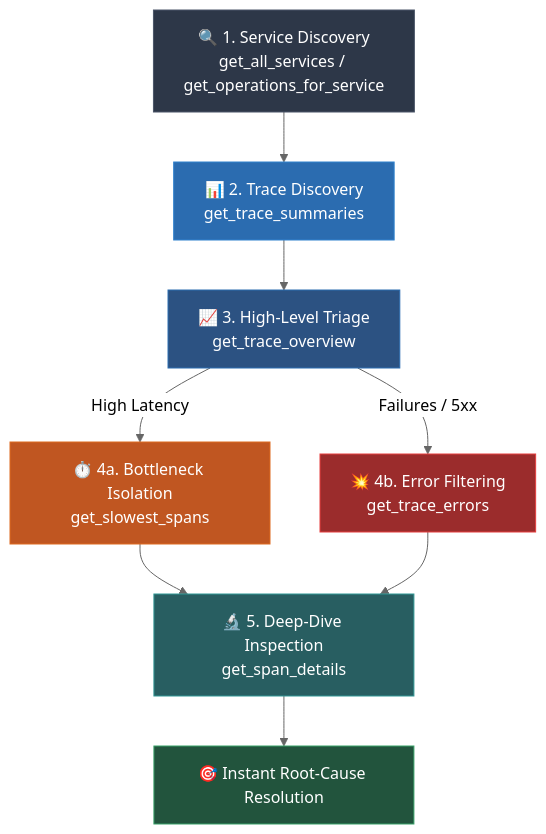
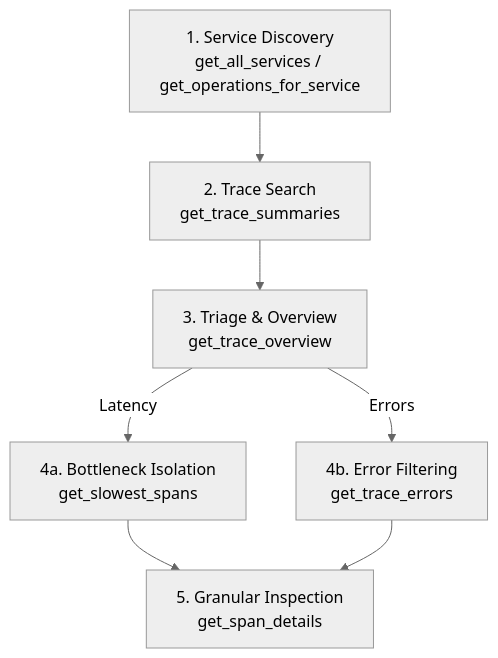
Before and after one commit to chahatsagarmain/jaeger-mcp: the diagram in README.md, drawn with Mermaid (neutral theme). The commit also changed other lines of this file, not shown here.

````diff
--- a/README.md
+++ b/README.md
@@ -40,18 +5,9 @@
 ```mermaid
 flowchart TD
-    A[🔍 1. Service Discovery<br/>get_all_services / get_operations_for_service] --> B[📊 2. Trace Discovery<br/>get_trace_summaries]
-    B --> C[📈 3. High-Level Triage<br/>get_trace_overview]
-    C -->|High Latency| D[⏱️ 4a. Bottleneck Isolation<br/>get_slowest_spans]
-    C -->|Failures / 5xx| E[💥 4b. Error Filtering<br/>get_trace_errors]
-    D --> F[🔬 5. Deep-Dive Inspection<br/>get_span_details]
+    A[1. Service Discovery<br/>get_all_services / get_operations_for_service] --> B[2. Trace Search<br/>get_trace_summaries]
+    B --> C[3. Triage & Overview<br/>get_trace_overview]
+    C -->|Latency| D[4a. Bottleneck Isolation<br/>get_slowest_spans]
+    C -->|Errors| E[4b. Error Filtering<br/>get_trace_errors]
+    D --> F[5. Granular Inspection<br/>get_span_details]
     E --> F
-    F --> G[🎯 Instant Root-Cause Resolution]
-
-    style A fill:#2d3748,stroke:#4a5568,color:#fff
-    style B fill:#2b6cb0,stroke:#3182ce,color:#fff
-    style C fill:#2c5282,stroke:#2b6cb0,color:#fff
-    style D fill:#c05621,stroke:#dd6b20,color:#fff
-    style E fill:#9b2c2c,stroke:#e53e3e,color:#fff
-    style F fill:#285e61,stroke:#319795,color:#fff
-    style G fill:#22543d,stroke:#38a169,color:#fff
 ```
````
